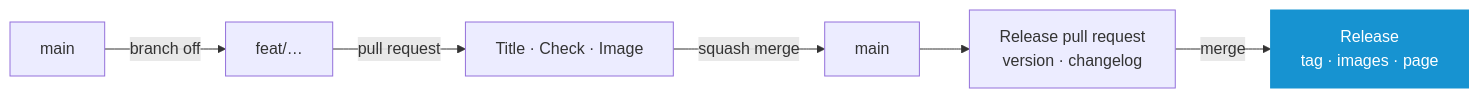
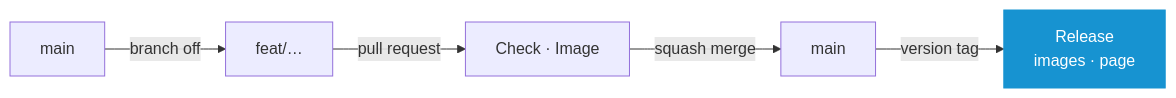
The diagram in docs/CONTRIBUTING.md (murkl/arch-os), drawn with Mermaid before and after one commit. The commit also changed other lines of this file and 13 other files, not shown here.

````diff
--- a/docs/CONTRIBUTING.md
+++ b/docs/CONTRIBUTING.md
@@ -125,10 +125,9 @@
 ```mermaid
 flowchart LR
     M["main"] -->|branch off| B["feat/…"]
-    B -->|pull request| I["Title · Check · Image"]
+    B -->|pull request| I["Check · Image"]
     I -->|squash merge| M2["main"]
-    M2 --> P["Release pull request<br/>version · changelog"]
-    P -->|merge| R["Release<br/>tag · images · page"]
+    M2 -->|version tag| R["Release<br/>images · page"]
 
     style R fill:#1793d1,stroke:#1793d1,color:#fff
 ```
````
